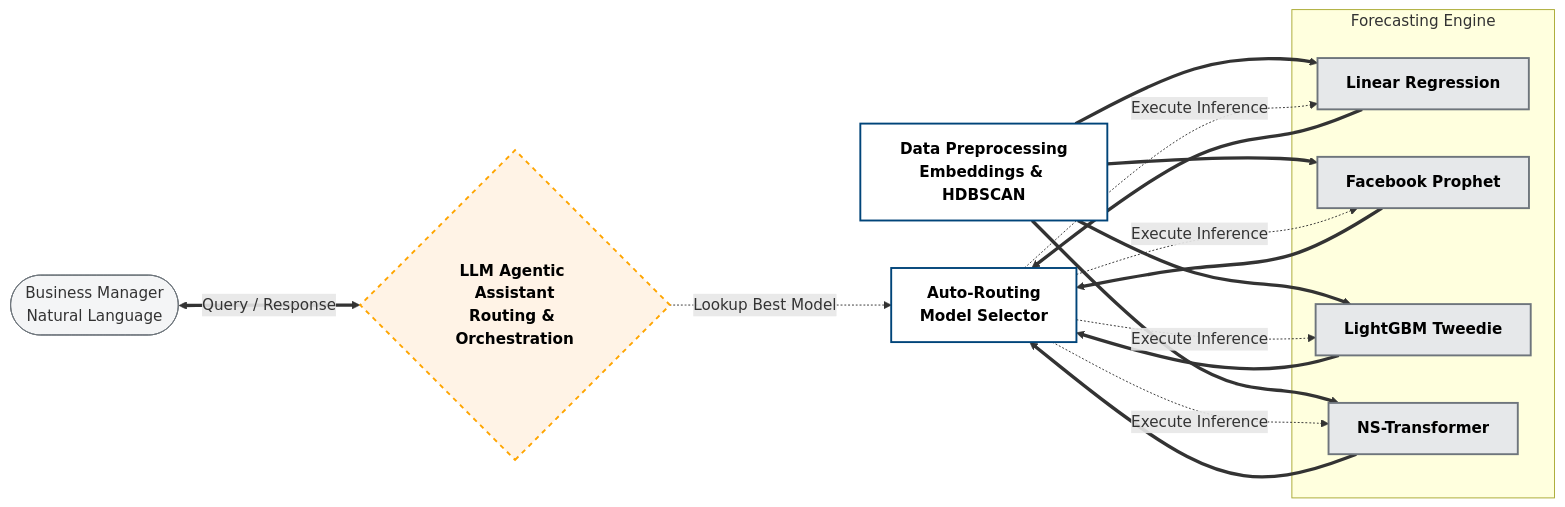
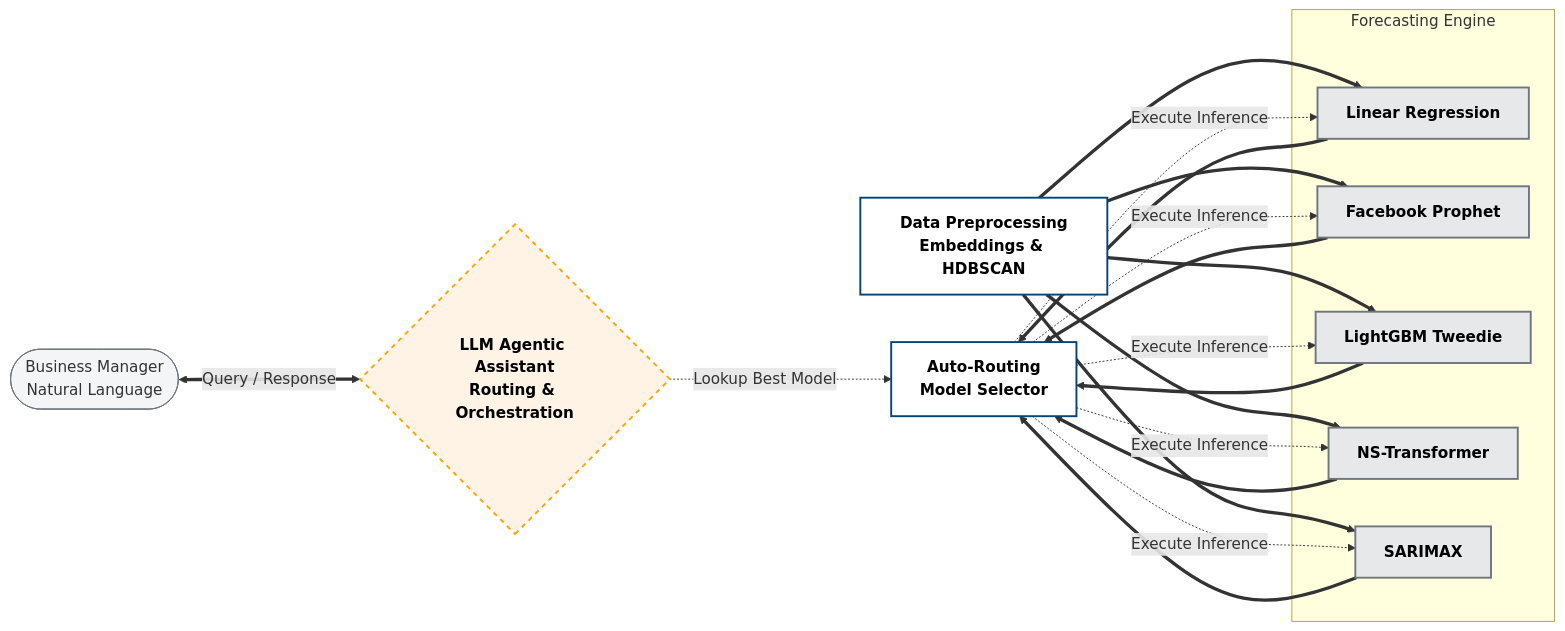
Before and after one commit to fede-giorgi/forecasting-retail: the diagram in README.md, drawn with Mermaid. The commit also changed other lines of this file, not shown here.

Commit message:
docs: added sarimax to readme.md

````diff
--- a/README.md
+++ b/README.md
@@ -30,37 +30,39 @@
 ```mermaid
 graph LR
     %% Define Node Styles
     classDef block fill:#ffffff,stroke:#004479,stroke-width:2px,color:#000000,font-weight:bold;
     classDef model fill:#e6e8ea,stroke:#6e757c,stroke-width:2px,color:#000000,font-weight:bold;
     classDef agent fill:#fff3e6,stroke:#ffa500,stroke-width:2px,stroke-dasharray: 5 5,color:#000000,font-weight:bold;
     classDef user fill:#f4f5f6,stroke:#6e757c,stroke-width:1px;
 
     %% Nodes
     User([Business Manager<br>Natural Language]):::user
     Agent{LLM Agentic Assistant<br>Routing & Orchestration}:::agent
     
     Preproc[Data Preprocessing<br>Embeddings & HDBSCAN]:::block
     
     subgraph Forecasting Engine
         LR[Linear Regression]:::model
         PR[Facebook Prophet]:::model
         LGB[LightGBM Tweedie]:::model
         NST[NS-Transformer]:::model
+        SAR[SARIMAX]:::model
     end
     
     Select[Auto-Routing<br>Model Selector]:::block
 
     %% Data Flow
-    Preproc ==> LR & PR & LGB & NST
-    LR & PR & LGB & NST ==> Select
+    Preproc ==> LR & PR & LGB & NST & SAR
+    LR & PR & LGB & NST & SAR ==> Select
     
     %% User/Agent Interaction
     User <==>|Query / Response| Agent
     
     %% Agent Routing
     Agent -.->|Lookup Best Model| Select
     Select -.->|Execute Inference| LR
     Select -.->|Execute Inference| PR
     Select -.->|Execute Inference| LGB
     Select -.->|Execute Inference| NST
+    Select -.->|Execute Inference| SAR
 ```
````
